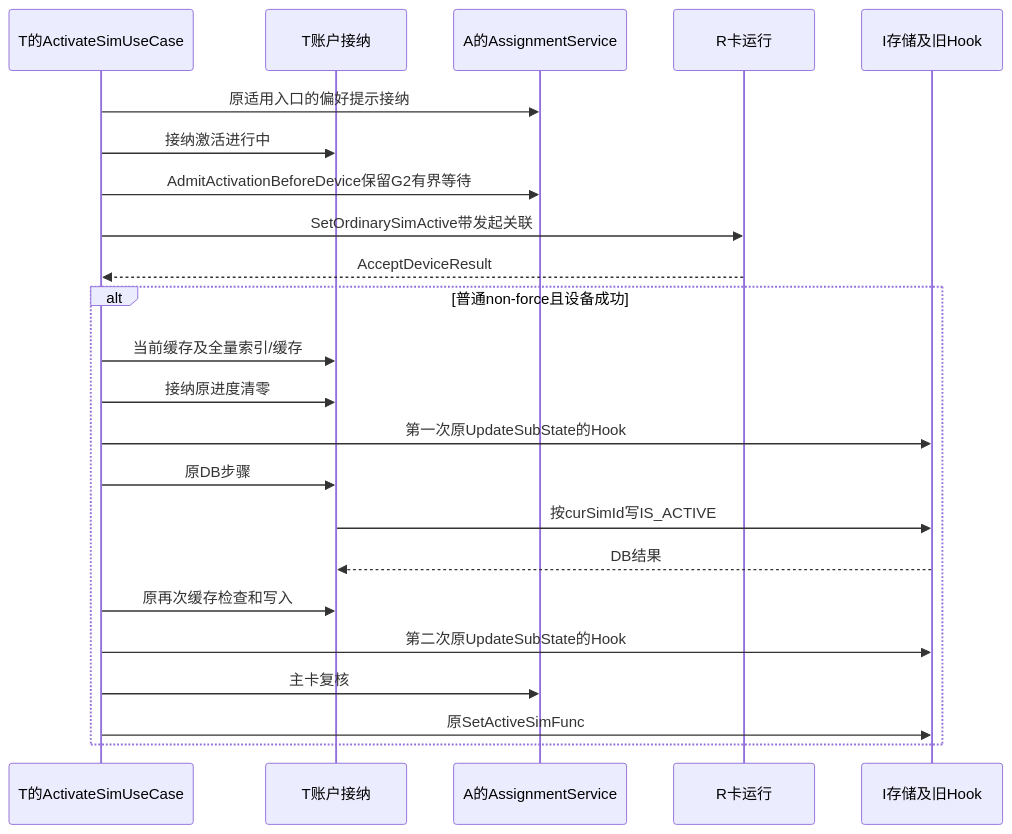
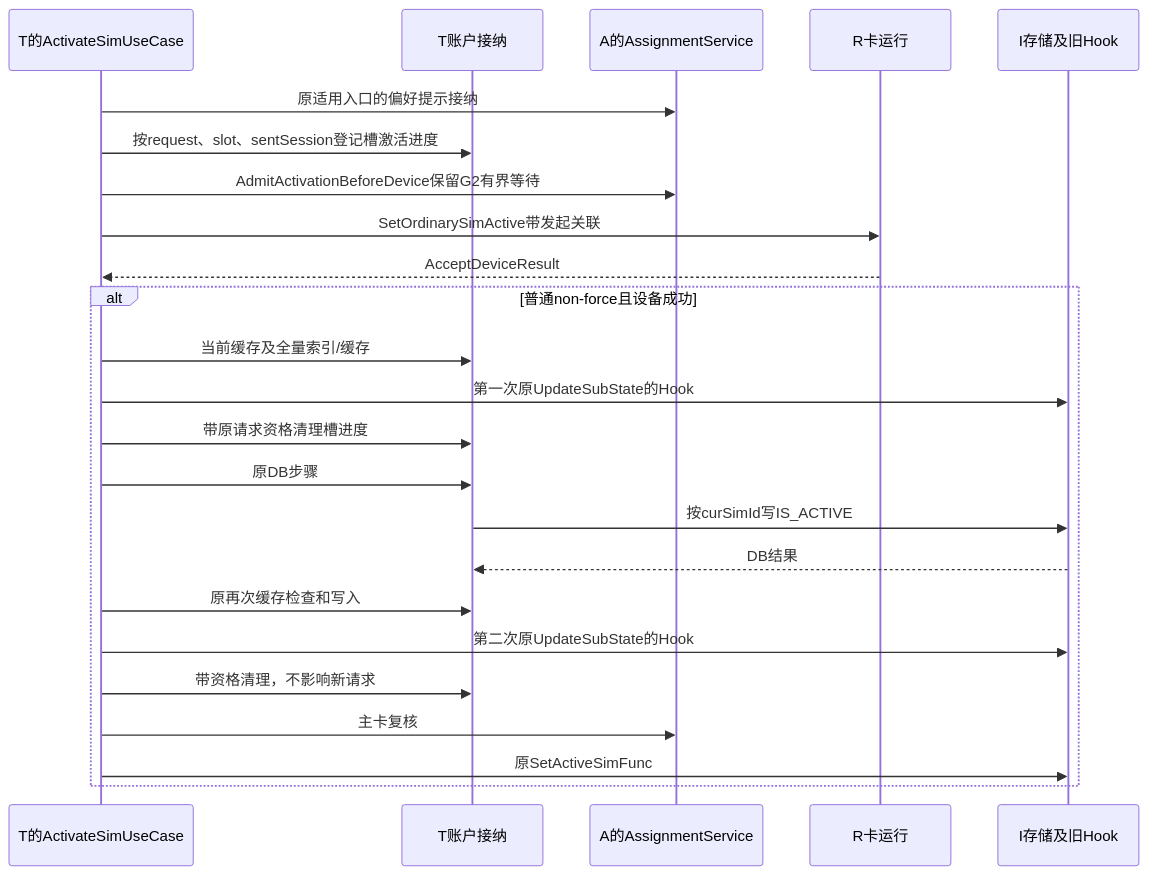
One commit to zjuluowu/multisim changed the ninth of 17 diagrams in telephony_core_service/docs/多SIM架构重构_设计说明与业务流程对照.md. Above: the diagram before and after it, drawn with Mermaid. The commit also changed other lines of this file and 66 other files, not shown here.

Commit message:
chore(sim): preserve local architecture work before integration

````diff
--- a/telephony_core_service/docs/多SIM架构重构_设计说明与业务流程对照.md
+++ b/telephony_core_service/docs/多SIM架构重构_设计说明与业务流程对照.md
@@ -560,25 +562,26 @@
 ```mermaid
 sequenceDiagram
     participant U as T的ActivateSimUseCase
     participant T as T账户接纳
     participant A as A的AssignmentService
     participant R as R卡运行
     participant I as I存储及旧Hook
     U->>A: 原适用入口的偏好提示接纳
-    U->>T: 接纳激活进行中
+    U->>T: 按request、slot、sentSession登记槽激活进度
     U->>A: AdmitActivationBeforeDevice保留G2有界等待
     U->>R: SetOrdinarySimActive带发起关联
     R-->>U: AcceptDeviceResult
     alt 普通non-force且设备成功
         U->>T: 当前缓存及全量索引/缓存
-        U->>T: 接纳原进度清零
         U->>I: 第一次原UpdateSubState的Hook
+        U->>T: 带原请求资格清理槽进度
         U->>T: 原DB步骤
         T->>I: 按curSimId写IS_ACTIVE
         I-->>T: DB结果
         U->>T: 原再次缓存检查和写入
         U->>I: 第二次原UpdateSubState的Hook
+        U->>T: 带资格清理，不影响新请求
         U->>A: 主卡复核
         U->>I: 原SetActiveSimFunc
     end
 ```
````
